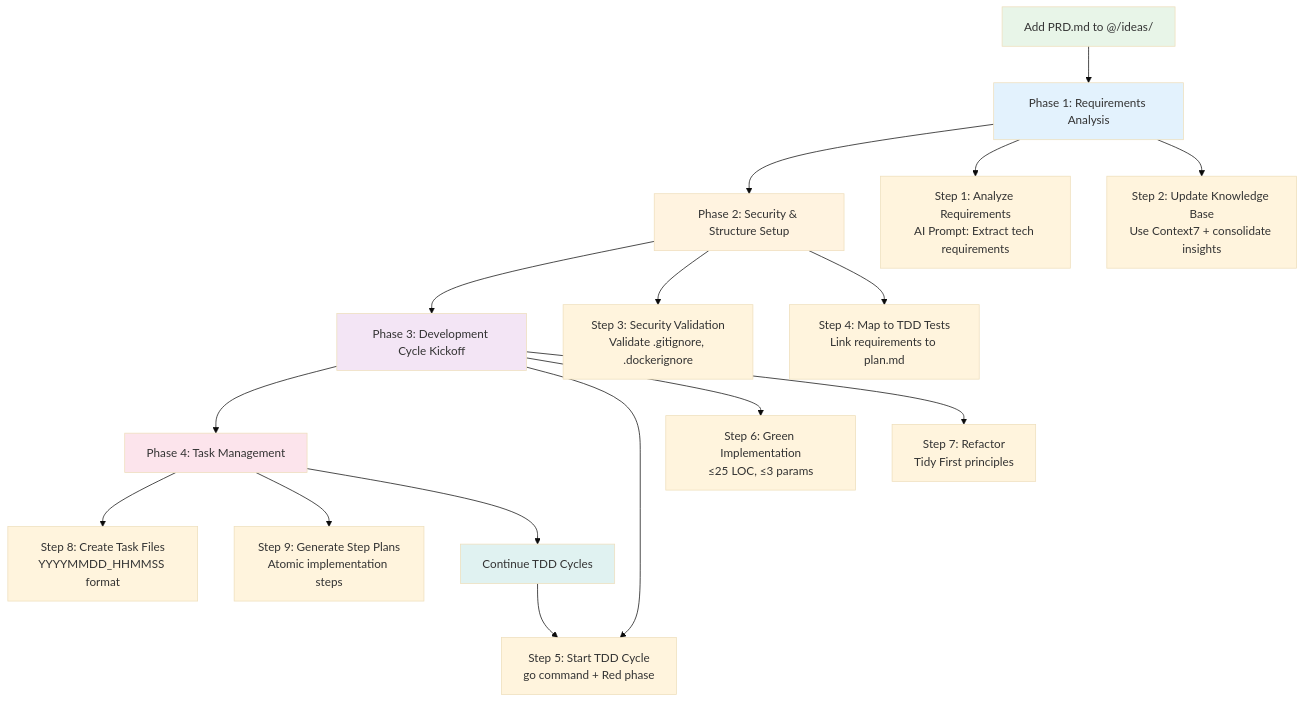
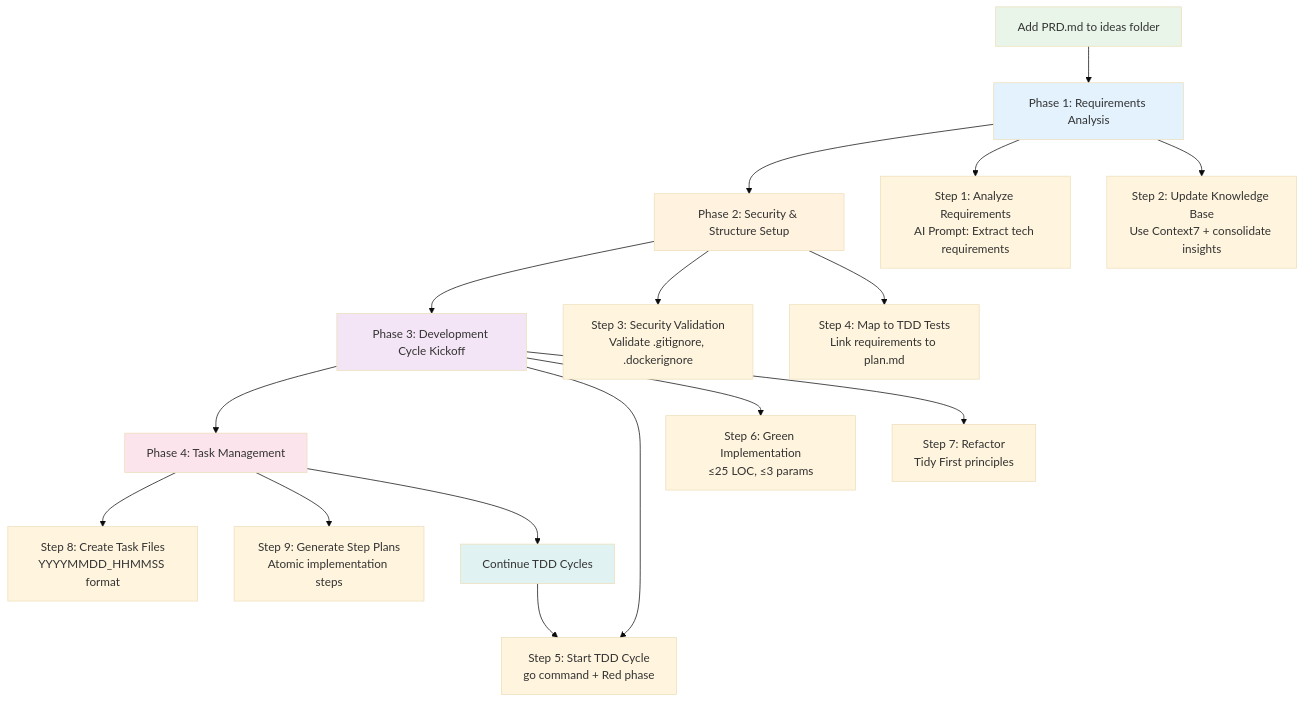
The third of 9 diagrams in README.md (oliguo/vibe-coding-instructions), drawn with Mermaid (base theme) before and after one commit. The commit also changed other lines of this file, not shown here.

````diff
--- a/README.md
+++ b/README.md
@@ -103,30 +103,30 @@
 ```mermaid
 flowchart TD
-    A[Add PRD.md to @/ideas/] --> B[Phase 1: Requirements Analysis]
+    A[Add PRD.md to ideas folder] --> B[Phase 1: Requirements Analysis]
     B --> C[Phase 2: Security & Structure Setup]
     C --> D[Phase 3: Development Cycle Kickoff]
     D --> E[Phase 4: Task Management]
     
     B --> B1[Step 1: Analyze Requirements<br/>AI Prompt: Extract tech requirements]
     B --> B2[Step 2: Update Knowledge Base<br/>Use Context7 + consolidate insights]
     
     C --> C1[Step 3: Security Validation<br/>Validate .gitignore, .dockerignore]
     C --> C2[Step 4: Map to TDD Tests<br/>Link requirements to plan.md]
     
     D --> D1[Step 5: Start TDD Cycle<br/>go command + Red phase]
     D --> D2[Step 6: Green Implementation<br/>≤25 LOC, ≤3 params]
     D --> D3[Step 7: Refactor<br/>Tidy First principles]
     
     E --> E1[Step 8: Create Task Files<br/>YYYYMMDD_HHMMSS format]
     E --> E2[Step 9: Generate Step Plans<br/>Atomic implementation steps]
     
     E --> F[Continue TDD Cycles]
     F --> D1
     
     style A fill:#e8f5e8
     style B fill:#e3f2fd
     style C fill:#fff3e0
     style D fill:#f3e5f5
     style E fill:#fce4ec
     style F fill:#e0f2f1
 ```
````
